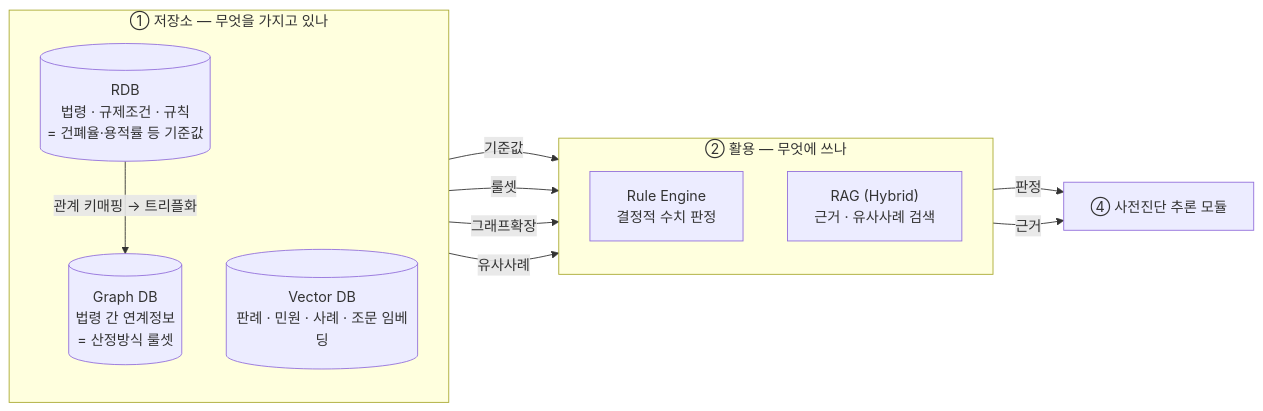
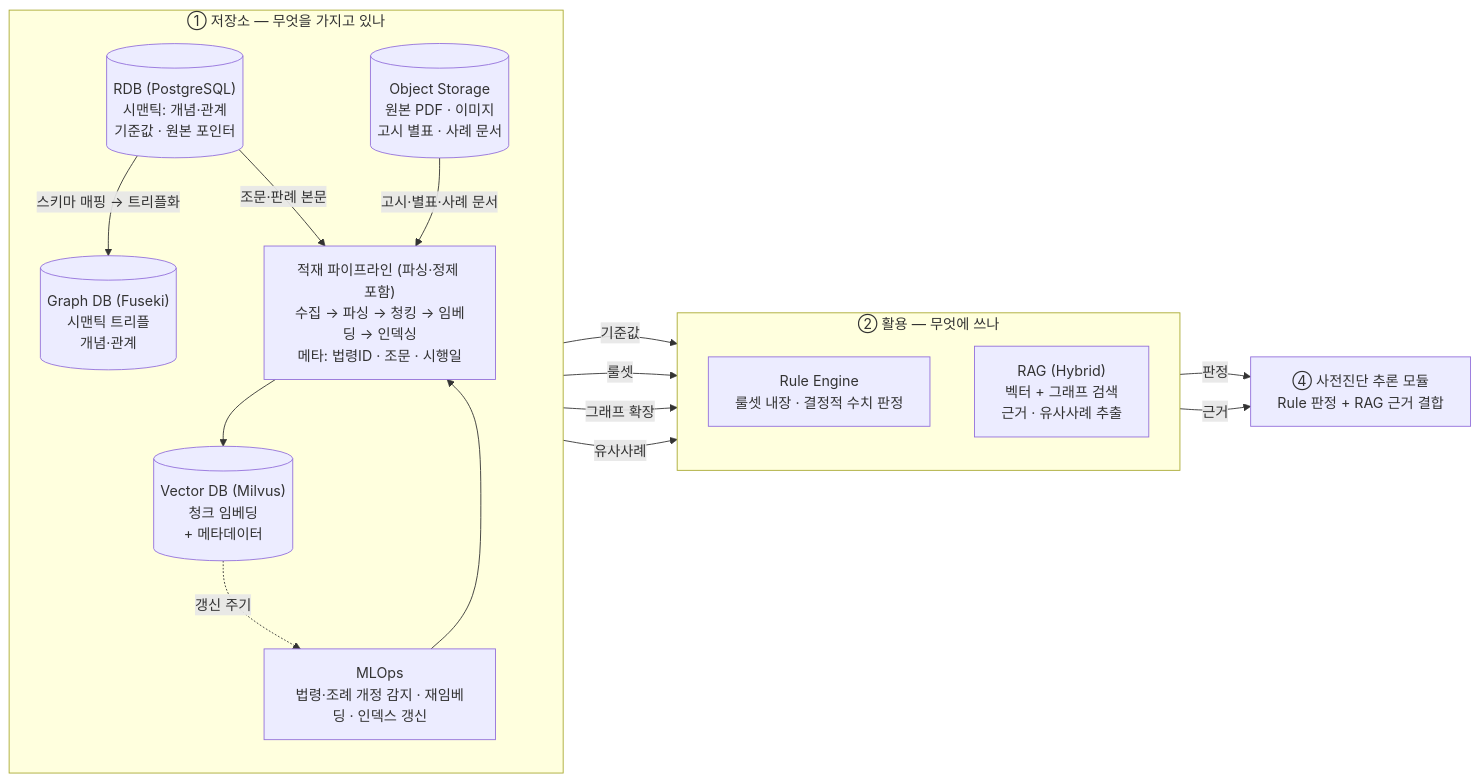
One commit to madlrengg100/permit-copilot changed the second of 8 diagrams in docs/MCP-AGENT-SEQUENCE1.md. Above: the diagram before and after it, drawn with Mermaid. The commit also changed other lines of this file and 1 other file, not shown here.

````diff
--- a/docs/MCP-AGENT-SEQUENCE1.md
+++ b/docs/MCP-AGENT-SEQUENCE1.md
@@ -49,24 +67,33 @@
 ```mermaid
 flowchart LR
-    subgraph 저장["① 저장소 — 무엇을 가지고 있나"]
+    subgraph STORE["① 저장소 — 무엇을 가지고 있나"]
       direction TB
-      RDB[("RDB<br/>법령 · 규제조건 · 규칙<br/>= 건폐율·용적률 등 기준값")]
-      GDB[("Graph DB<br/>법령 간 연계정보<br/>= 산정방식 룰셋")]
-      VDB[("Vector DB<br/>판례 · 민원 · 사례 · 조문 임베딩")]
-      RDB -->|관계 키매핑 → 트리플화| GDB
+      RDB[("RDB (PostgreSQL)<br/>시맨틱: 개념·관계<br/>기준값 · 원본 포인터")]
+      GDB[("Graph DB (Fuseki)<br/>시맨틱 트리플<br/>개념·관계")]
+      OBJ[("Object Storage<br/>원본 PDF · 이미지<br/>고시 별표 · 사례 문서")]
+      VDB[("Vector DB (Milvus)<br/>청크 임베딩<br/>+ 메타데이터")]
+      PIPE["적재 파이프라인 (파싱·정제 포함)<br/>수집 → 파싱 → 청킹 → 임베딩 → 인덱싱<br/>메타: 법령ID · 조문 · 시행일"]
+      MLOPS["MLOps<br/>법령·조례 개정 감지 · 재임베딩 · 인덱스 갱신"]
+
+      RDB -->|스키마 매핑 → 트리플화| GDB
+      RDB -->|조문·판례 본문| PIPE
+      OBJ -->|고시·별표·사례 문서| PIPE
+      PIPE --> VDB
+      VDB -.->|갱신 주기| MLOPS
+      MLOPS --> PIPE
     end
 
-    subgraph 활용["② 활용 — 무엇에 쓰나"]
+    subgraph USE["② 활용 — 무엇에 쓰나"]
       direction TB
-      RE["Rule Engine<br/>결정적 수치 판정"]
-      RAG["RAG (Hybrid)<br/>근거 · 유사사례 검색"]
+      RE["Rule Engine<br/>룰셋 내장 · 결정적 수치 판정"]
+      RAG["RAG (Hybrid)<br/>벡터 + 그래프 검색<br/>근거 · 유사사례 추출"]
     end
 
     RDB -->|기준값| RE
     GDB -->|룰셋| RE
-    GDB -->|그래프확장| RAG
+    GDB -->|그래프 확장| RAG
     VDB -->|유사사례| RAG
 
-    RE -->|판정| AG["④ 사전진단 추론 모듈"]
+    RE -->|판정| AG["④ 사전진단 추론 모듈<br/>Rule 판정 + RAG 근거 결합"]
     RAG -->|근거| AG
 ```
````
